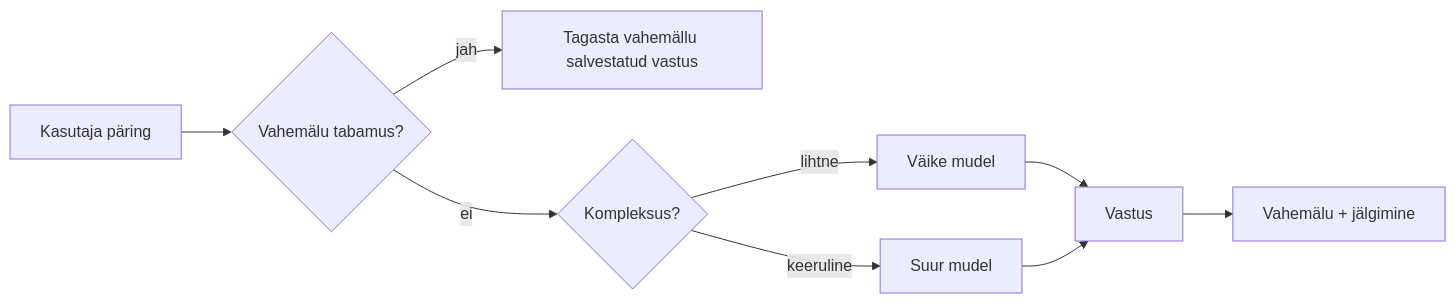
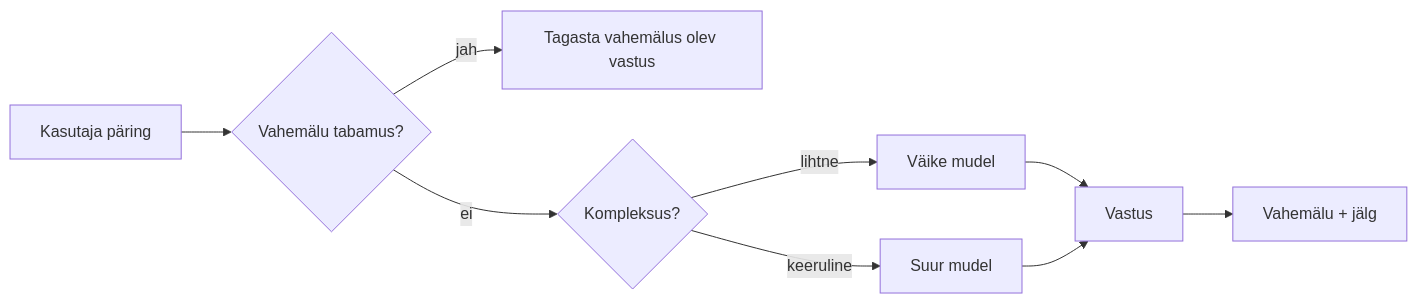
The third of 4 diagrams in mirrors/repos/microsoft@ai-agents-for-beginners/translations/et/16-deploying-scalable-agents/README.md (gabrielmoreira/agent-skills-mirror), drawn with Mermaid before and after one commit. The commit also changed other lines of this file and 3581 other files, not shown here.

````diff
--- a/mirrors/repos/microsoft@ai-agents-for-beginners/translations/et/16-deploying-scalable-agents/README.md
+++ b/mirrors/repos/microsoft@ai-agents-for-beginners/translations/et/16-deploying-scalable-agents/README.md
@@ -134,11 +134,11 @@
 ```mermaid
 flowchart LR
     Q[Kasutaja päring] --> C{Vahemälu tabamus?}
-    C -->|jah| R[Tagasta vahemällu salvestatud vastus]
+    C -->|jah| R[Tagasta vahemälus olev vastus]
     C -->|ei| Router{Kompleksus?}
     Router -->|lihtne| SLM[Väike mudel]
     Router -->|keeruline| LLM[Suur mudel]
     SLM --> Out[Vastus]
     LLM --> Out
-    Out --> Store[Vahemälu + jälgimine]
+    Out --> Store[Vahemälu + jälg]
 ```
````
